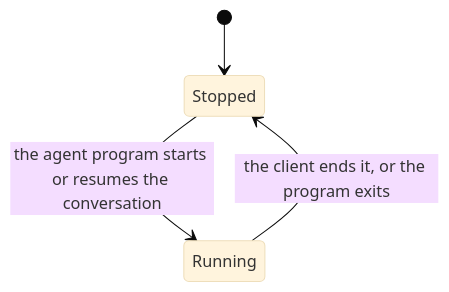
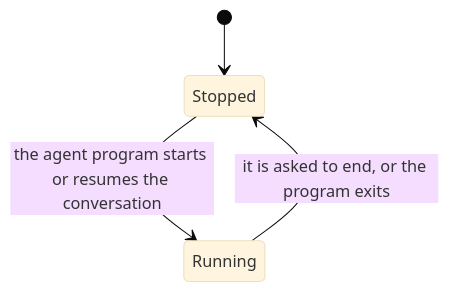
The fifth of 12 diagrams in docs/ARCHITECTURE.md (zerlok/hermod), drawn with Mermaid (base theme) before and after one commit. The commit also changed other lines of this file and 1 other file, not shown here.

First line of the commit message:
docs(architecture): describe components top-down by dependency

````diff
--- a/docs/ARCHITECTURE.md
+++ b/docs/ARCHITECTURE.md
@@ -202,6 +199,6 @@
 ```mermaid
 stateDiagram-v2
     [*] --> Stopped
     Stopped --> Running: the agent program starts or resumes the conversation
-    Running --> Stopped: the client ends it, or the program exits
+    Running --> Stopped: it is asked to end, or the program exits
 ```
````
